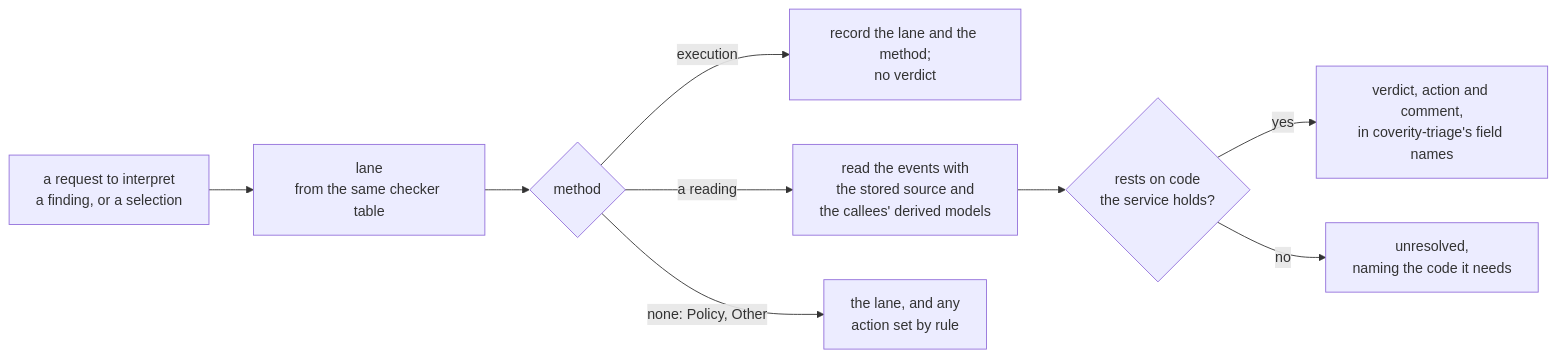
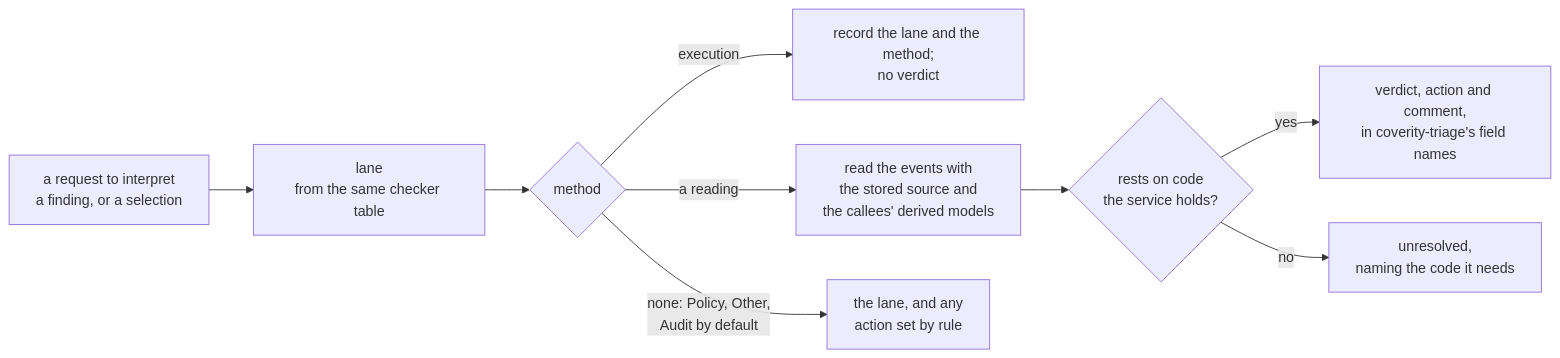
The fourth of 10 diagrams in USE-CASES.md (edtice-goog/CoveritySkills), drawn with Mermaid before and after one commit. The commit also changed other lines of this file and 1 other file, not shown here.

First line of the commit message:
USE-CASES, README: triage runs in seven lanes, with Audit

````diff
--- a/USE-CASES.md
+++ b/USE-CASES.md
@@ -164,11 +171,11 @@
 ```mermaid
 flowchart LR
     REQ["a request to interpret<br/>a finding, or a selection"] --> L["lane<br/>from the same checker table"]
     L --> M{"method"}
     M -->|"execution"| STOP["record the lane and the method;<br/>no verdict"]
     M -->|"a reading"| RD["read the events with<br/>the stored source and<br/>the callees' derived models"]
-    M -->|"none: Policy, Other"| LANE["the lane, and any<br/>action set by rule"]
+    M -->|"none: Policy, Other,<br/>Audit by default"| LANE["the lane, and any<br/>action set by rule"]
     RD --> V{"rests on code<br/>the service holds?"}
     V -->|"yes"| VER["verdict, action and comment,<br/>in coverity-triage's field names"]
     V -->|"no"| UN["unresolved,<br/>naming the code it needs"]
 ```
````
